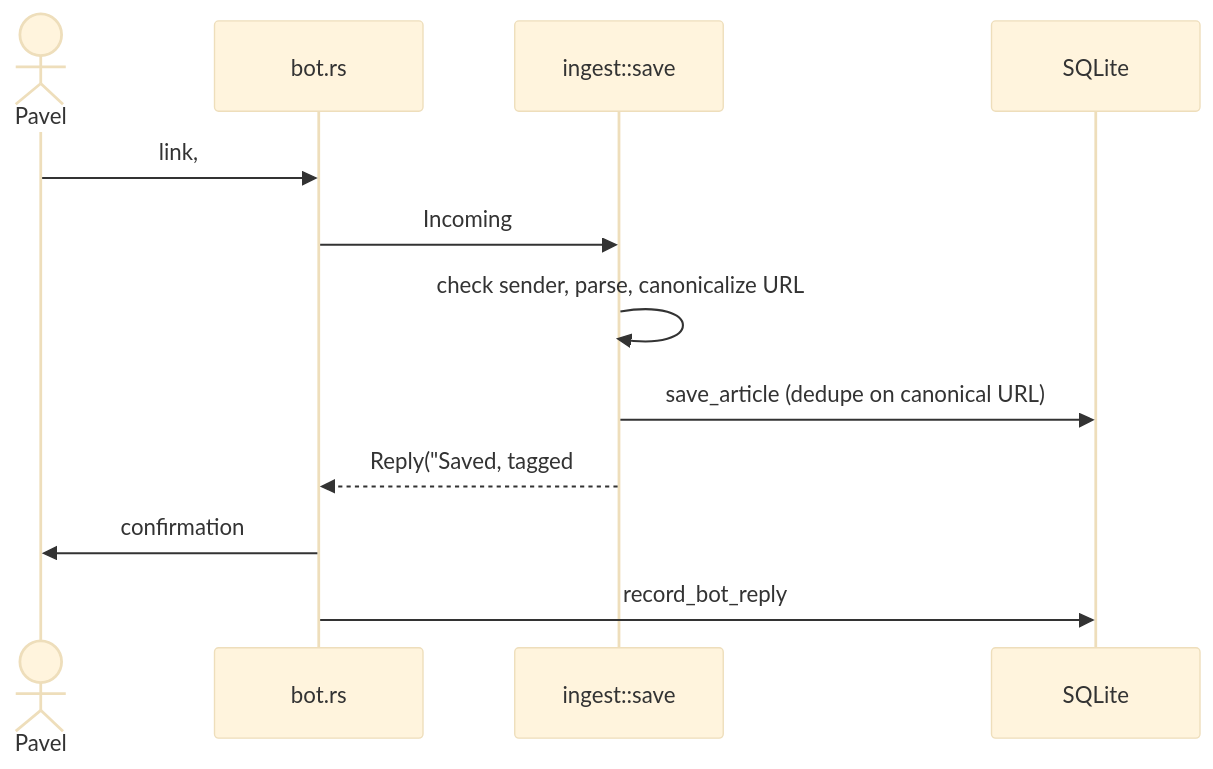
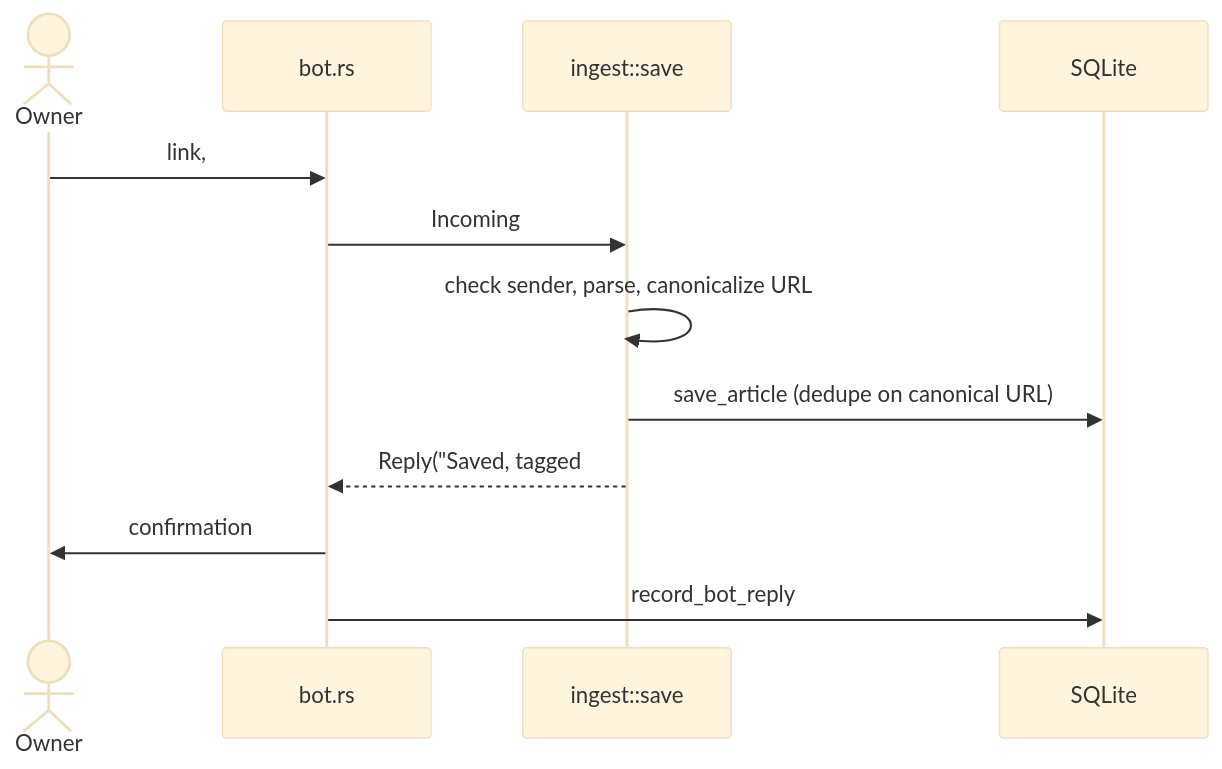
One commit to pavelanni/reading-list changed the third of 5 diagrams in docs/architecture.md. Above: the diagram before and after it, drawn with Mermaid (base theme). The commit also changed other lines of this file and 2 other files, not shown here.

````diff
--- a/docs/architecture.md
+++ b/docs/architecture.md
@@ -86,14 +86,14 @@
 ```mermaid
 sequenceDiagram
-    actor P as Pavel
+    actor P as Owner
     participant B as bot.rs
     participant S as ingest::save
     participant D as SQLite
     P->>B: link, #tags, >> note
     B->>S: Incoming
     S->>S: check sender, parse, canonicalize URL
     S->>D: save_article (dedupe on canonical URL)
     S-->>B: Reply("Saved, tagged #ai")
     B->>P: confirmation
     B->>D: record_bot_reply
 ```
````
